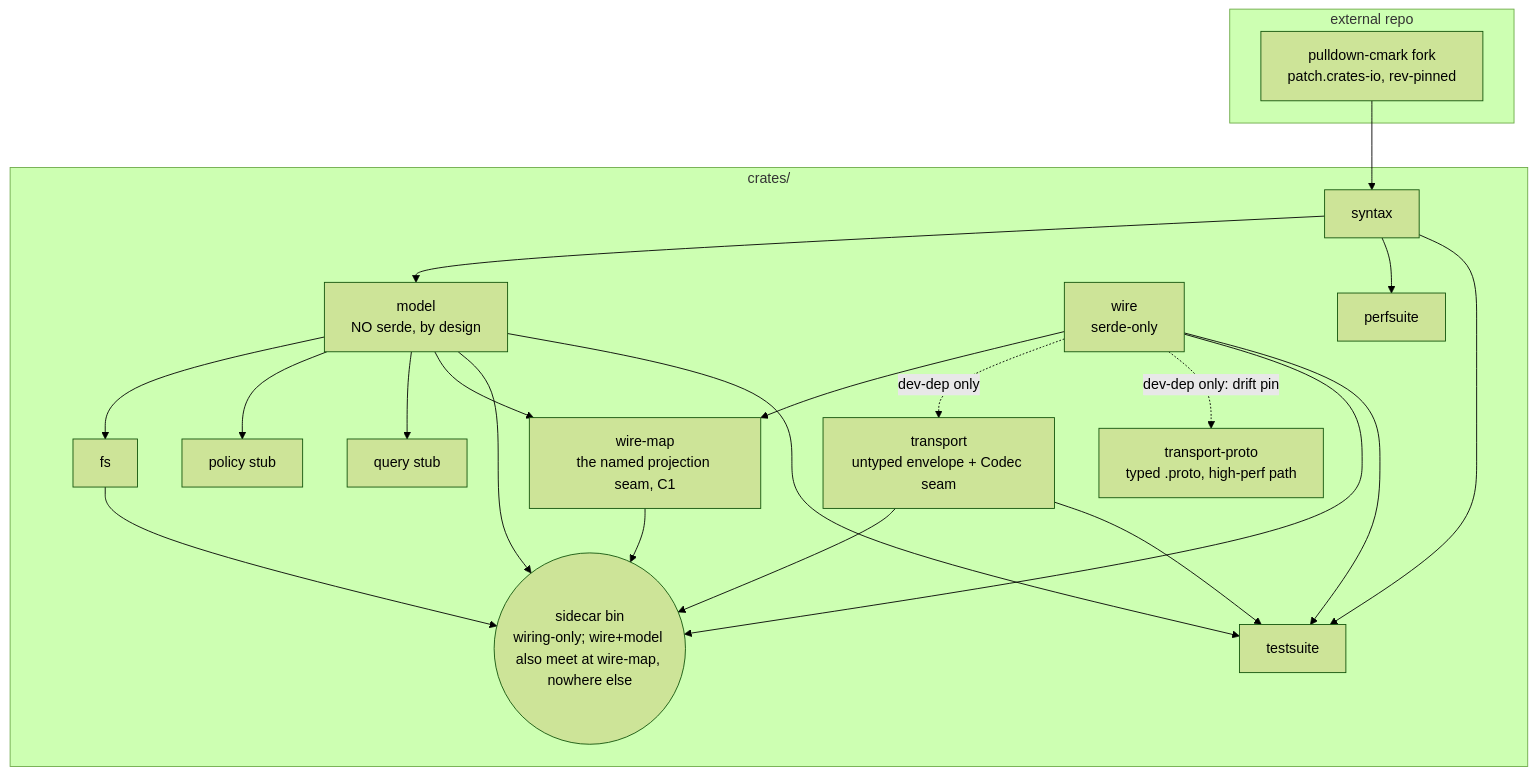
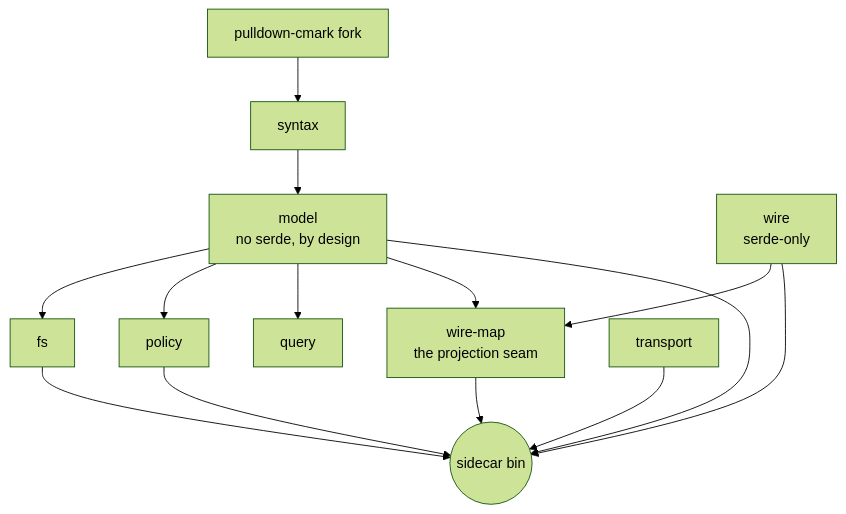
Before and after one commit to caoer/meridian-rs: the diagram in README.md, drawn with Mermaid (forest theme). The commit also changed other lines of this file and 7 other files, not shown here.

````diff
--- a/README.md
+++ b/README.md
@@ -59,36 +42,16 @@
 ```mermaid
 graph TD
-    subgraph external repo
-        PD[pulldown-cmark fork<br/>patch.crates-io, rev-pinned]
-    end
-    subgraph crates/
-        SYN[syntax]
-        MOD[model<br/>NO serde, by design]
-        FS[fs]
-        WIRE[wire<br/>serde-only]
-        WMAP[wire-map<br/>the named projection seam, C1]
-        TR[transport<br/>untyped envelope + Codec seam]
-        TRP[transport-proto<br/>typed .proto, high-perf path]
-        POL[policy stub]
-        QRY[query stub]
-        SC((sidecar bin<br/>wiring-only; wire+model also meet at wire-map, nowhere else))
-        TS[testsuite]
-        BM[perfsuite]
-    end
-    PD --> SYN
-    SYN --> MOD
-    MOD --> FS
-    MOD --> POL
-    MOD --> QRY
-    MOD --> WMAP
-    WIRE --> WMAP
-    WIRE -. dev-dep only .-> TR
-    WIRE -. dev-dep only: drift pin .-> TRP
-    TR --> SC
+    PD[pulldown-cmark fork] --> SYN[syntax]
+    SYN --> MOD[model<br/>no serde, by design]
+    MOD --> FS[fs]
+    MOD --> POL[policy]
+    MOD --> QRY[query]
+    MOD --> WMAP[wire-map<br/>the projection seam]
+    WIRE[wire<br/>serde-only] --> WMAP
+    TR[transport] --> SC((sidecar bin))
     MOD --> SC
     FS --> SC
     WIRE --> SC
     WMAP --> SC
-    SYN --> BM
-    SYN & MOD & WIRE & TR --> TS
+    POL --> SC
 ```
````
